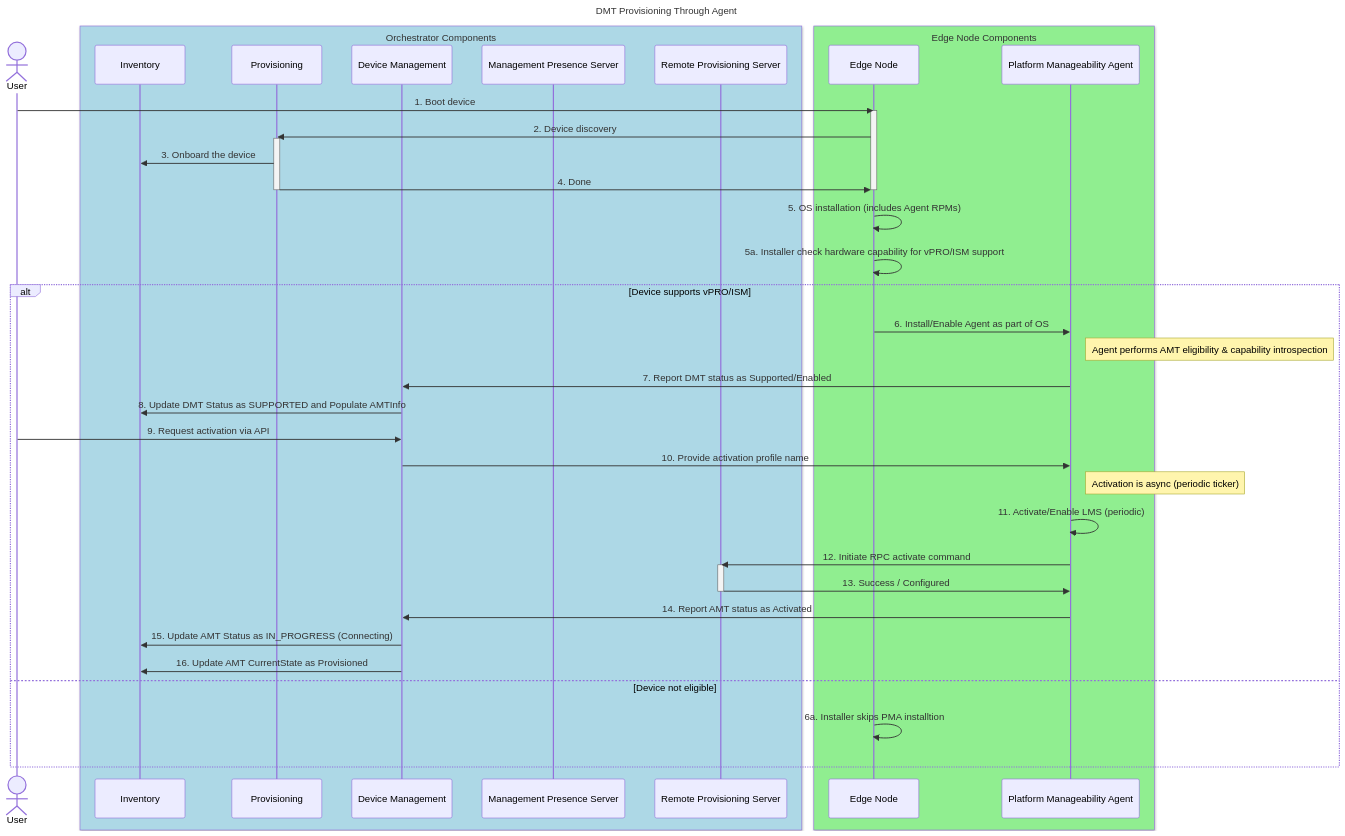
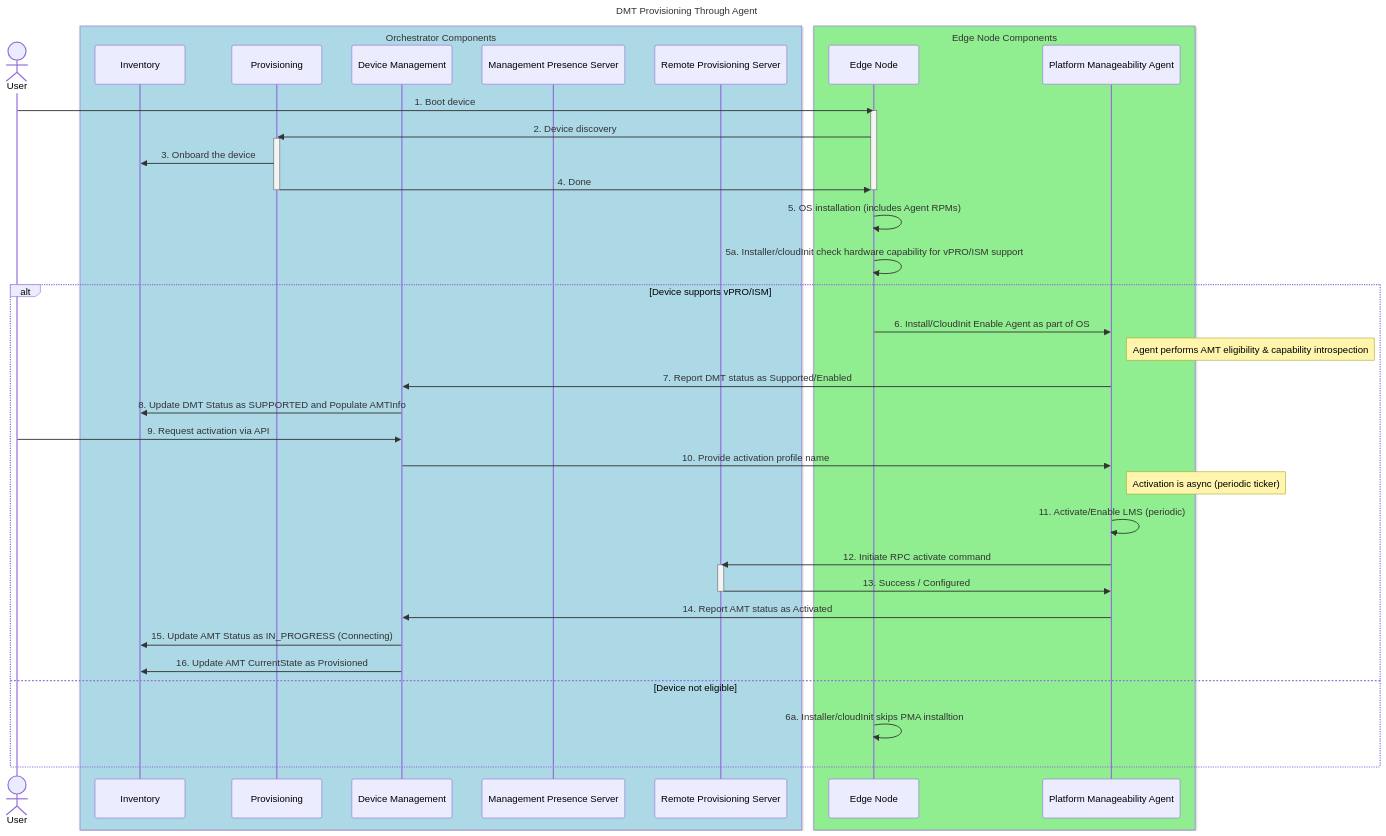
One commit to open-edge-platform/edge-manageability-framework changed the diagram in design-proposals/vpro-device.md. Above: the diagram before and after it, drawn with Mermaid.

Commit message:
Add cloudinit

````diff
--- a/design-proposals/vpro-device.md
+++ b/design-proposals/vpro-device.md
@@ -59,59 +59,59 @@
 ```mermaid
 sequenceDiagram
     title DMT Provisioning Through Agent
 
     actor us as User
 
     box rgb(173, 216, 230) Orchestrator Components
         participant inv as Inventory
         participant ps as Provisioning
         participant dm as Device Management
         participant mps as Management Presence Server
         participant rps as Remote Provisioning Server
     end
 
     box rgb(144, 238, 144) Edge Node Components
         participant en as Edge Node
         participant agent as Platform Manageability Agent
     end
 
     us ->> en: 1. Boot device
     activate en
     en ->> ps: 2. Device discovery
     activate ps
     ps ->> inv: 3. Onboard the device
     ps ->> en: 4. Done
     deactivate ps
     deactivate en
 
     en ->> en: 5. OS installation (includes Agent RPMs)
     
-    en ->> en: 5a. Installer check hardware capability for vPRO/ISM support
+    en ->> en: 5a. Installer/cloudInit check hardware capability for vPRO/ISM support
     
     alt Device supports vPRO/ISM
-        en ->> agent: 6. Install/Enable Agent as part of OS
+        en ->> agent: 6. Install/CloudInit Enable Agent as part of OS
 
         Note right of agent: Agent performs AMT eligibility & capability introspection
 
         agent ->> dm: 7. Report DMT status as Supported/Enabled
         dm ->> inv: 8. Update DMT Status as SUPPORTED and Populate AMTInfo
 
         us ->> dm: 9. Request activation via API
         dm ->> agent: 10. Provide activation profile name
 
         Note right of agent: Activation is async (periodic ticker)
 
         agent ->> agent: 11. Activate/Enable LMS (periodic)
         agent ->> rps: 12. Initiate RPC activate command
         activate rps
         rps ->> agent: 13. Success / Configured
         deactivate rps
 
         agent ->> dm: 14. Report AMT status as Activated
         dm ->> inv: 15. Update AMT Status as IN_PROGRESS (Connecting)
         dm ->> inv: 16. Update AMT CurrentState as Provisioned
 
     else Device not eligible
-        en ->> en: 6a. Installer skips PMA installtion
+        en ->> en: 6a. Installer/cloudInit skips PMA installtion
     end
 ```
````
